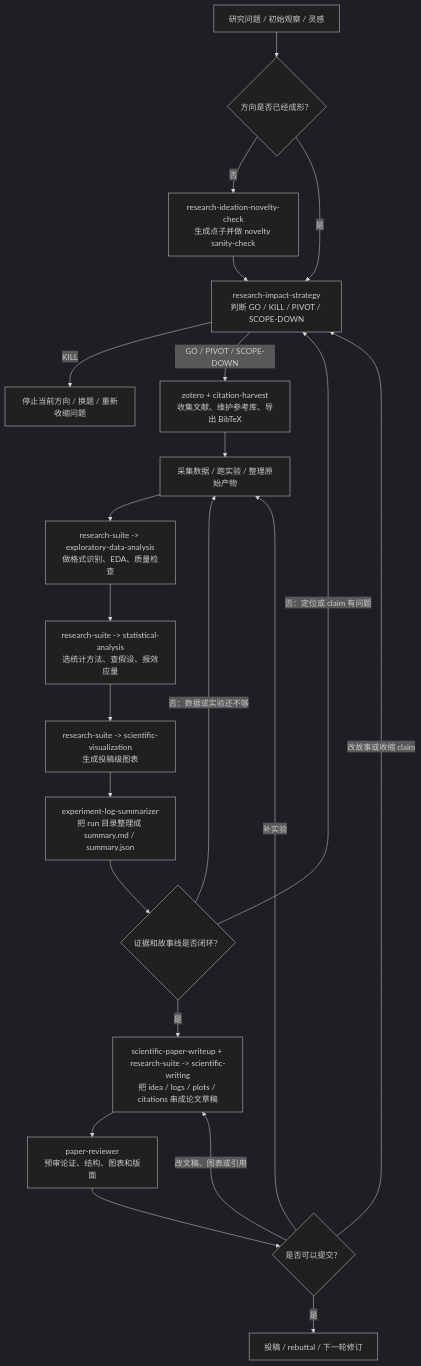
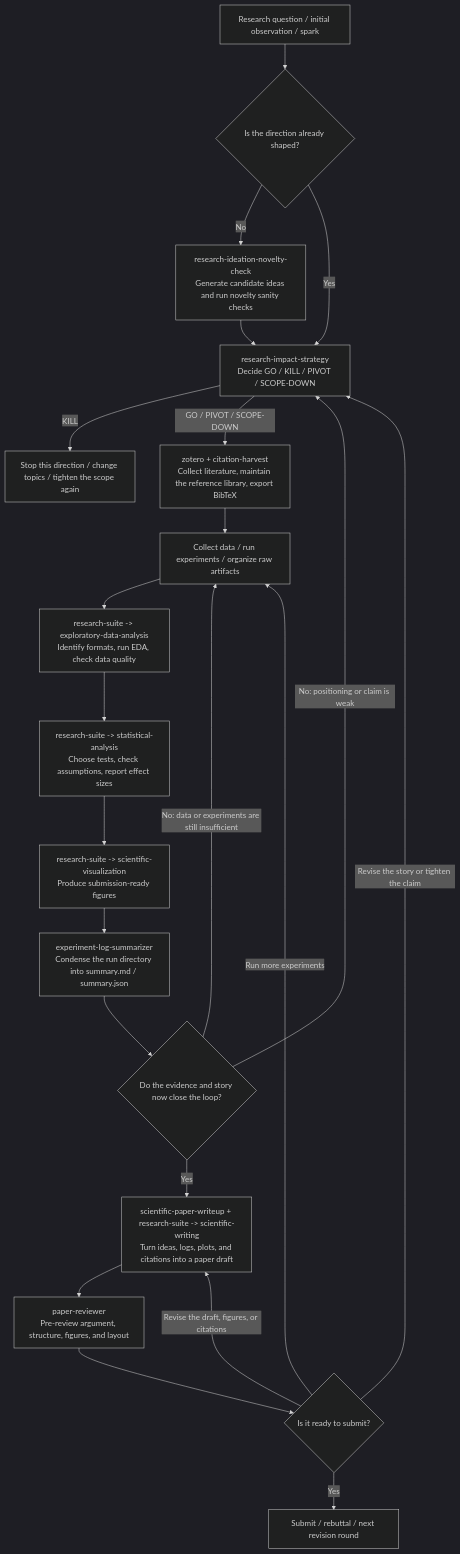
Before and after one commit to tcztzy/skills: the diagram in README.md, drawn with Mermaid (dark theme). The commit also changed other lines of this file and 22 other files, not shown here.

````diff
--- a/README.md
+++ b/README.md
@@ -16,24 +20,24 @@
 ```mermaid
 flowchart TD
-    A["研究问题 / 初始观察 / 灵感"] --> B{"方向是否已经成形？"}
-    B -->|否| C["research-ideation-novelty-check<br/>生成点子并做 novelty sanity-check"]
-    B -->|是| D["research-impact-strategy<br/>判断 GO / KILL / PIVOT / SCOPE-DOWN"]
+    A["Research question / initial observation / spark"] --> B{"Is the direction already shaped?"}
+    B -->|No| C["research-ideation-novelty-check<br/>Generate candidate ideas and run novelty sanity checks"]
+    B -->|Yes| D["research-impact-strategy<br/>Decide GO / KILL / PIVOT / SCOPE-DOWN"]
     C --> D
-    D -->|KILL| Z["停止当前方向 / 换题 / 重新收缩问题"]
-    D -->|GO / PIVOT / SCOPE-DOWN| E["zotero + citation-harvest<br/>收集文献、维护参考库、导出 BibTeX"]
-    E --> F["采集数据 / 跑实验 / 整理原始产物"]
-    F --> G["research-suite -> exploratory-data-analysis<br/>做格式识别、EDA、质量检查"]
-    G --> H["research-suite -> statistical-analysis<br/>选统计方法、查假设、报效应量"]
-    H --> I["research-suite -> scientific-visualization<br/>生成投稿级图表"]
-    I --> J["experiment-log-summarizer<br/>把 run 目录整理成 summary.md / summary.json"]
-    J --> K{"证据和故事线是否闭环？"}
-    K -->|否：定位或 claim 有问题| D
-    K -->|否：数据或实验还不够| F
-    K -->|是| L["scientific-paper-writeup + research-suite -> scientific-writing<br/>把 idea / logs / plots / citations 串成论文草稿"]
-    L --> M["paper-reviewer<br/>预审论证、结构、图表和版面"]
-    M --> N{"是否可以提交？"}
-    N -->|补实验| F
-    N -->|改故事或收缩 claim| D
-    N -->|改文稿、图表或引用| L
-    N -->|是| O["投稿 / rebuttal / 下一轮修订"]
+    D -->|KILL| Z["Stop this direction / change topics / tighten the scope again"]
+    D -->|GO / PIVOT / SCOPE-DOWN| E["zotero + citation-harvest<br/>Collect literature, maintain the reference library, export BibTeX"]
+    E --> F["Collect data / run experiments / organize raw artifacts"]
+    F --> G["research-suite -> exploratory-data-analysis<br/>Identify formats, run EDA, check data quality"]
+    G --> H["research-suite -> statistical-analysis<br/>Choose tests, check assumptions, report effect sizes"]
+    H --> I["research-suite -> scientific-visualization<br/>Produce submission-ready figures"]
+    I --> J["experiment-log-summarizer<br/>Condense the run directory into summary.md / summary.json"]
+    J --> K{"Do the evidence and story now close the loop?"}
+    K -->|No: positioning or claim is weak| D
+    K -->|No: data or experiments are still insufficient| F
+    K -->|Yes| L["scientific-paper-writeup + research-suite -> scientific-writing<br/>Turn ideas, logs, plots, and citations into a paper draft"]
+    L --> M["paper-reviewer<br/>Pre-review argument, structure, figures, and layout"]
+    M --> N{"Is it ready to submit?"}
+    N -->|Run more experiments| F
+    N -->|Revise the story or tighten the claim| D
+    N -->|Revise the draft, figures, or citations| L
+    N -->|Yes| O["Submit / rebuttal / next revision round"]
 ```
````
